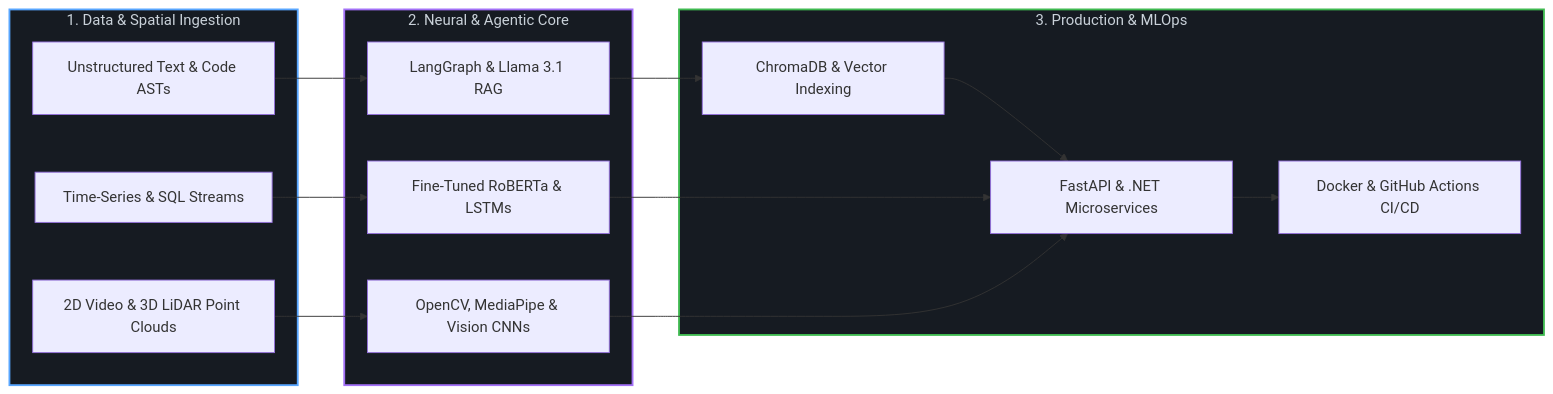
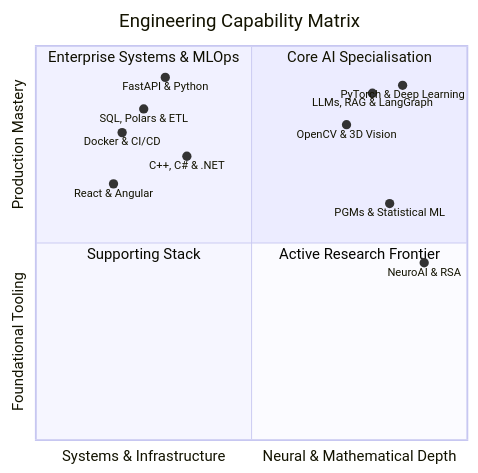
The second of 2 diagrams in README.md (nithinreddy18/nithinreddy18), drawn with Mermaid before and after one commit. The commit also changed other lines of this file, not shown here.

````diff
--- a/README.md
+++ b/README.md
@@ -54,33 +86,20 @@
 ```mermaid
-flowchart LR
-    subgraph Ingestion ["1. Data & Spatial Ingestion"]
-        A[Unstructured Text & Code ASTs]
-        B[Time-Series & SQL Streams]
-        C[2D Video & 3D LiDAR Point Clouds]
-    end
-
-    subgraph Core ["2. Neural & Agentic Core"]
-        D[LangGraph & Llama 3.1 RAG]
-        E[Fine-Tuned RoBERTa & LSTMs]
-        F[OpenCV, MediaPipe & Vision CNNs]
-    end
-
-    subgraph Production ["3. Production & MLOps"]
-        G[FastAPI & .NET Microservices]
-        H[ChromaDB & Vector Indexing]
-        I[Docker & GitHub Actions CI/CD]
-    end
-
-    A --> D
-    B --> E
-    C --> F
-    D --> H
-    H --> G
-    E --> G
-    F --> G
-    G --> I
-
-    style Ingestion fill:#161b22,stroke:#58a6ff,stroke-width:2px,color:#c9d1d9
-    style Core fill:#161b22,stroke:#a371f7,stroke-width:2px,color:#c9d1d9
-    style Production fill:#161b22,stroke:#3fb950,stroke-width:2px,color:#c9d1d9
+quadrantChart
+    title Engineering Capability Matrix
+    x-axis "Systems & Infrastructure" --> "Neural & Mathematical Depth"
+    y-axis "Foundational Tooling" --> "Production Mastery"
+    quadrant-1 "Core AI Specialisation"
+    quadrant-2 "Enterprise Systems & MLOps"
+    quadrant-3 "Supporting Stack"
+    quadrant-4 "Active Research Frontier"
+    "PyTorch & Deep Learning": [0.85, 0.90]
+    "LLMs, RAG & LangGraph": [0.78, 0.88]
+    "OpenCV & 3D Vision": [0.72, 0.80]
+    "FastAPI & Python": [0.30, 0.92]
+    "SQL, Polars & ETL": [0.25, 0.84]
+    "Docker & CI/CD": [0.20, 0.78]
+    "C++, C# & .NET": [0.35, 0.72]
+    "React & Angular": [0.18, 0.65]
+    "NeuroAI & RSA": [0.90, 0.45]
+    "PGMs & Statistical ML": [0.82, 0.60]
 ```
````
